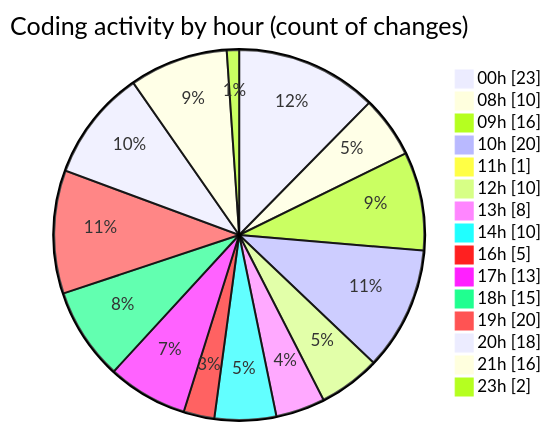
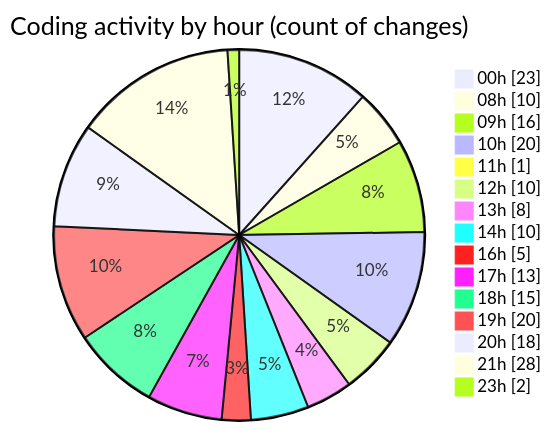
Before and after one commit to Elitesun/code-tracking: the second of 2 diagrams in 2025-05-29/advertise/README.md, drawn with Mermaid. The commit also changed other lines of this file and 1 other file, not shown here.

````diff
--- a/2025-05-29/advertise/README.md
+++ b/2025-05-29/advertise/README.md
@@ -50,19 +53,19 @@
 ```mermaid
 pie showData
 title Coding activity by hour (count of changes)
 "00h" : 23
 "08h" : 10
 "09h" : 16
 "10h" : 20
 "11h" : 1
 "12h" : 10
 "13h" : 8
 "14h" : 10
 "16h" : 5
 "17h" : 13
 "18h" : 15
 "19h" : 20
 "20h" : 18
-"21h" : 16
+"21h" : 28
 "23h" : 2
 ```
````
